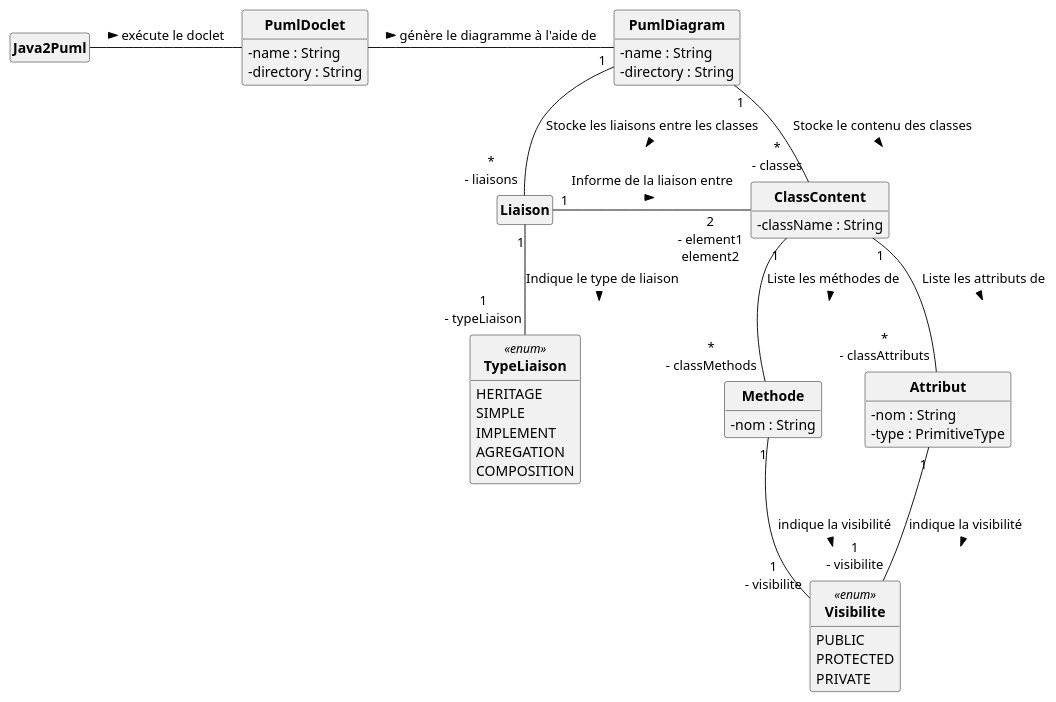
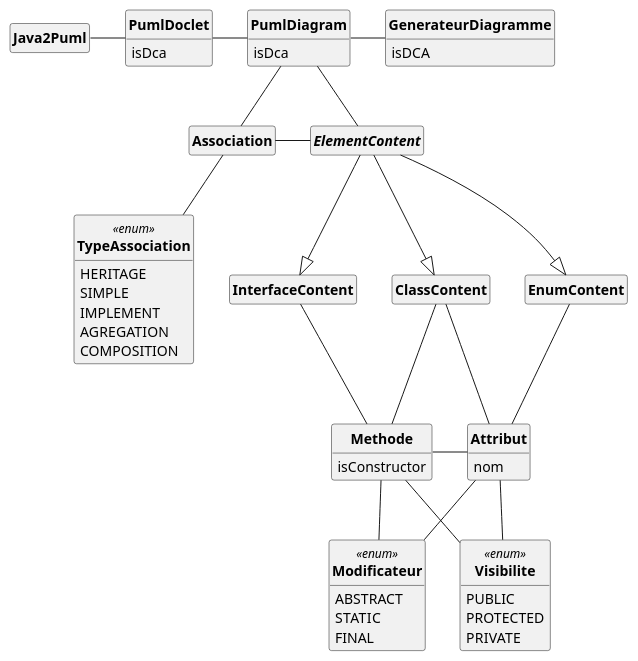
One commit to DimToups/Java-to-PUML-converter changed the diagram in uml/pumlFromJavaDCA.puml. Above: the diagram before and after it, drawn with PlantUML. The commit also changed 3 other files, not shown here.

```diff
--- a/uml/pumlFromJavaDCA.puml
+++ b/uml/pumlFromJavaDCA.puml
@@ -1,56 +1,75 @@
 @startuml
 'https://plantuml.com/class-diagram
 
 skinparam style strictuml
 skinparam classAttributeIconSize 0
 skinparam classFontStyle Bold
 
 hide empty members
 
 class Java2Puml{
 }
 class PumlDoclet{
-    - name : String
-    - directory : String
+    isDca
 }
 class PumlDiagram{
-    - name : String
-    - directory : String
+    isDca
+}
+abstract class ElementContent{
+}
+class EnumContent{
 }
 class ClassContent{
-    - className : String
+}
+class InterfaceContent{
 }
 class Attribut{
-    - nom : String
-    - type : PrimitiveType
+    nom
 }
 class Methode{
-    - nom : String
+    isConstructor
 }
-class Liaison{
+enum Modificateur <<enum>>{
+    ABSTRACT
+    STATIC
+    FINAL
 }
-enum TypeLiaison <<enum>>{
+class Association{
+}
+enum TypeAssociation <<enum>>{
     HERITAGE
     SIMPLE
     IMPLEMENT
     AGREGATION
     COMPOSITION
 }
 enum Visibilite <<enum>>{
     PUBLIC
     PROTECTED
     PRIVATE
 }
+class GenerateurDiagramme{
+    isDCA
+}
 
-Java2Puml - PumlDoclet : > exécute le doclet
-PumlDoclet - PumlDiagram : > génère le diagramme à l'aide de
-PumlDiagram "1" - "*\n- classes" ClassContent : Stocke le contenu des classes\n >
-PumlDiagram "1" -- "*\n- liaisons" Liaison : Stocke les liaisons entre les classes\n >
-ClassContent "1" -- "*\n- classAttributs" Attribut : Liste les attributs de\n >
-ClassContent "1" -- "*\n- classMethods" Methode : Liste les méthodes de\n >
-Attribut "1" -- "1\n- visibilite" Visibilite : indique la visibilité\n >
-Methode "1" -- "1\n- visibilite" Visibilite : indique la visibilité\n >
-Liaison "1" - "2\n- element1\nelement2" ClassContent : Informe de la liaison entre\n >
-Liaison "1" -- "1\n- typeLiaison" TypeLiaison : Indique le type de liaison\n >
+Java2Puml - PumlDoclet
+PumlDoclet - PumlDiagram
+PumlDiagram - GenerateurDiagramme
+PumlDiagram - ElementContent
+PumlDiagram -- Association
+ElementContent --|> ClassContent
+ElementContent --|> EnumContent
+ElementContent --|> InterfaceContent
+ClassContent -- Attribut
+ClassContent -- Methode
+EnumContent -- Attribut
+InterfaceContent -- Methode
+Attribut  --  Visibilite
+Methode  -- Visibilite
+Attribut  -- Modificateur
+Methode --  Modificateur
+Methode - Attribut
+Association - ElementContent
+Association -- TypeAssociation
 
 @enduml
```
